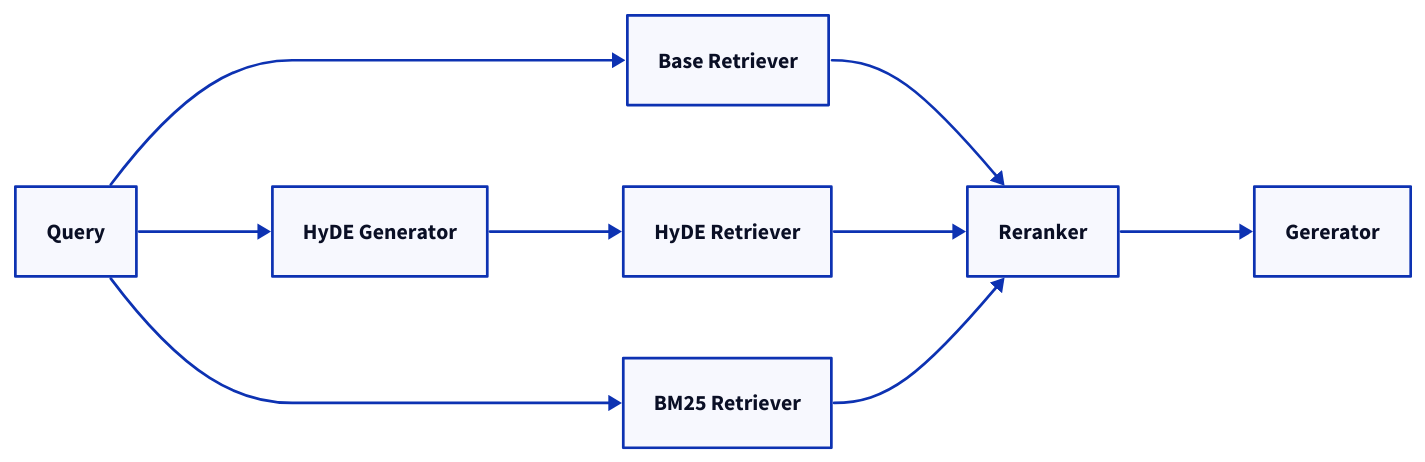
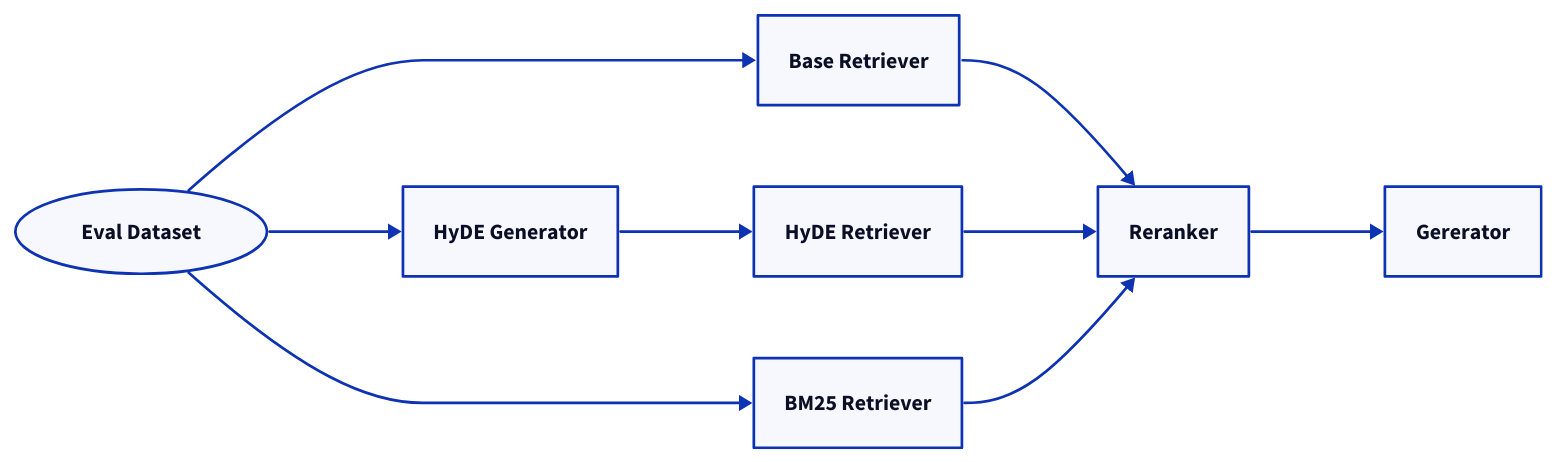
One commit to relari-ai/continuous-eval changed the diagram in docs/src/content/docs/examples/2_complex_rag_evaluation.mdx. Above: the diagram before and after it, drawn with D2. The commit also changed other lines of this file and 9 other files, not shown here.

````diff
--- a/docs/src/content/docs/examples/2_complex_rag_evaluation.mdx
+++ b/docs/src/content/docs/examples/2_complex_rag_evaluation.mdx
@@ -9,11 +9,13 @@
 ```d2
+Dataset: Eval Dataset
+Dataset.shape: oval
 direction: right
-Query -> Base Retriever
-Query -> HyDE Generator
-Query -> BM25 Retriever
+Dataset -> Base Retriever
+Dataset -> HyDE Generator
+Dataset -> BM25 Retriever
 Base Retriever -> Reranker
 HyDE Generator -> HyDE Retriever
 HyDE Retriever -> Reranker
 BM25 Retriever -> Reranker
 Reranker -> Gererator
 ```
````
